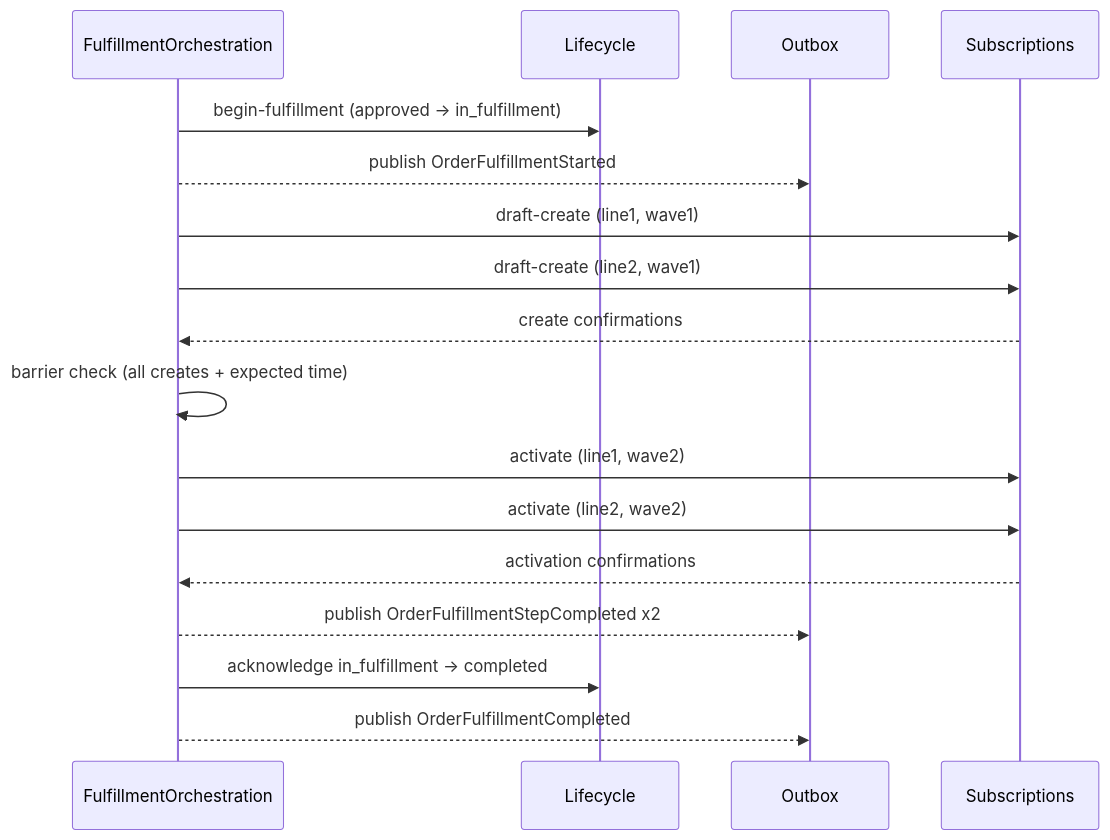
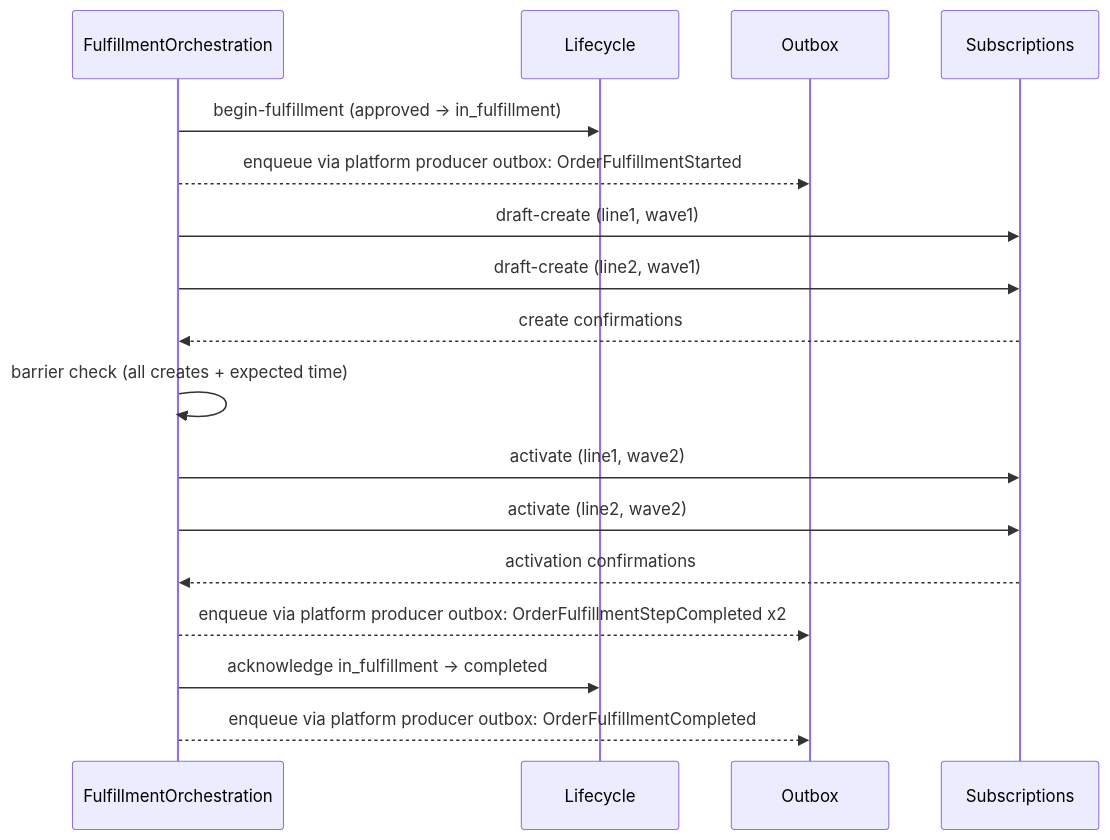
The fourth of 6 diagrams in gears/bss/orders-workflow/docs/DESIGN.md (constructorfabric/gears-rust), drawn with Mermaid before and after one commit. The commit also changed other lines of this file and 10 other files, not shown here.

````diff
--- a/gears/bss/orders-workflow/docs/DESIGN.md
+++ b/gears/bss/orders-workflow/docs/DESIGN.md
@@ -625,15 +636,15 @@
 ```mermaid
 sequenceDiagram
     FulfillmentOrchestration ->> Lifecycle: begin-fulfillment (approved -> in_fulfillment)
-    FulfillmentOrchestration -->> Outbox: publish OrderFulfillmentStarted
+    FulfillmentOrchestration -->> Outbox: enqueue via platform producer outbox: OrderFulfillmentStarted
     FulfillmentOrchestration ->> Subscriptions: draft-create (line1, wave1)
     FulfillmentOrchestration ->> Subscriptions: draft-create (line2, wave1)
     Subscriptions -->> FulfillmentOrchestration: create confirmations
     FulfillmentOrchestration ->> FulfillmentOrchestration: barrier check (all creates + expected time)
     FulfillmentOrchestration ->> Subscriptions: activate (line1, wave2)
     FulfillmentOrchestration ->> Subscriptions: activate (line2, wave2)
     Subscriptions -->> FulfillmentOrchestration: activation confirmations
-    FulfillmentOrchestration -->> Outbox: publish OrderFulfillmentStepCompleted x2
+    FulfillmentOrchestration -->> Outbox: enqueue via platform producer outbox: OrderFulfillmentStepCompleted x2
     FulfillmentOrchestration ->> Lifecycle: acknowledge in_fulfillment -> completed
-    FulfillmentOrchestration -->> Outbox: publish OrderFulfillmentCompleted
+    FulfillmentOrchestration -->> Outbox: enqueue via platform producer outbox: OrderFulfillmentCompleted
 ```
````
